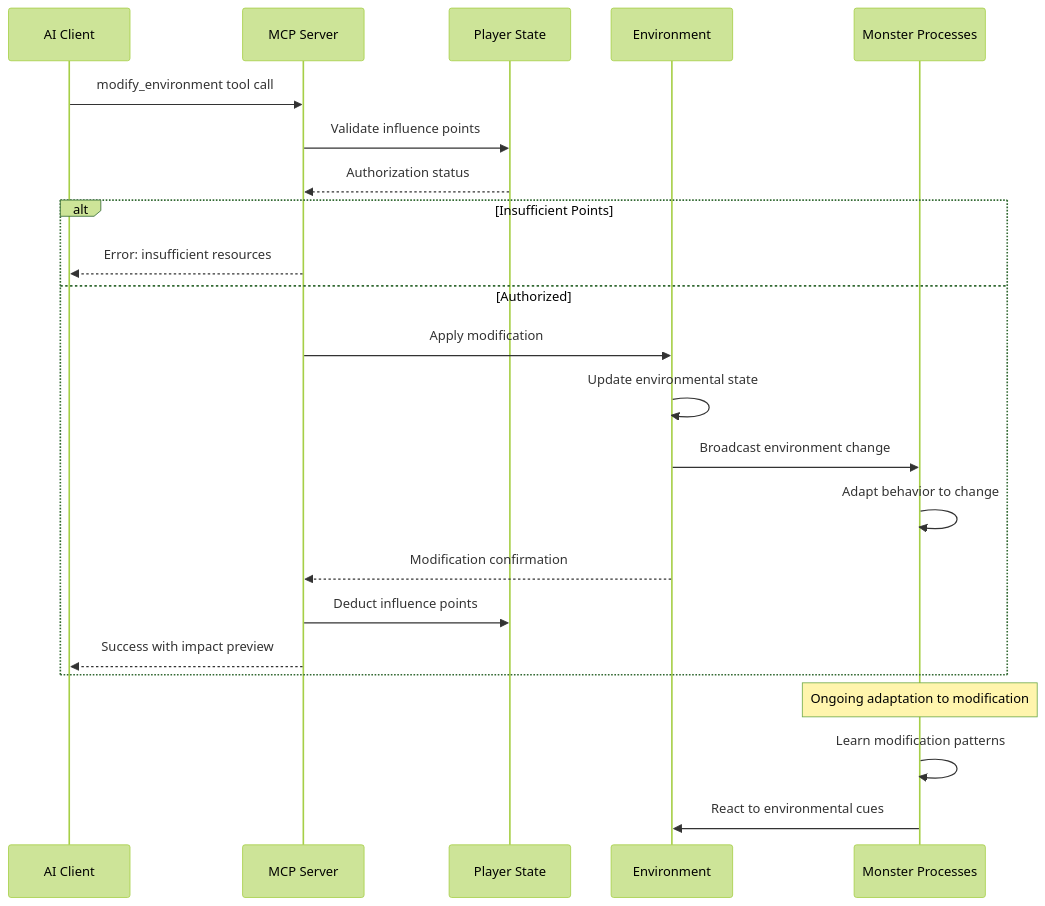
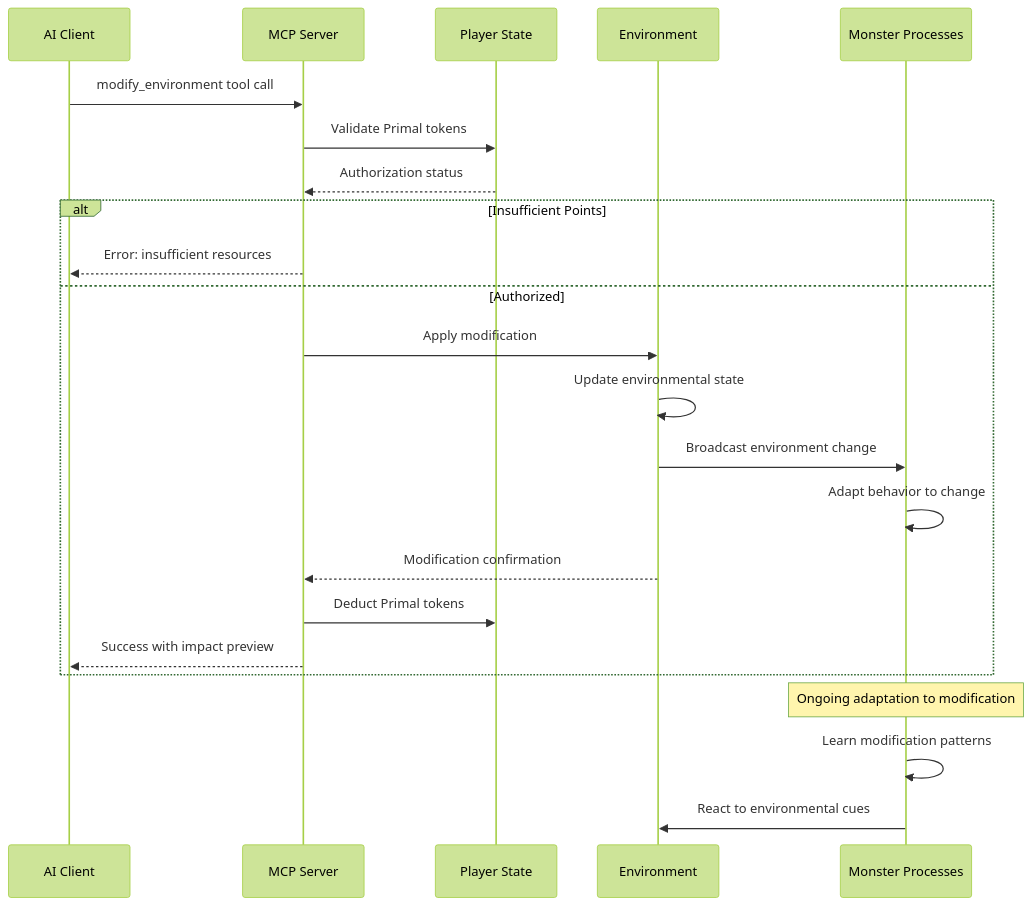
Before and after one commit to ALLiDoizCode/PrimalCode: the fourth of 7 diagrams in Docs/architecture.md, drawn with Mermaid (forest theme). The commit also changed other lines of this file and 85 other files, not shown here.

First line of the commit message:
Align documentation and implementation with marketplace architecture

````diff
--- a/Docs/architecture.md
+++ b/Docs/architecture.md
@@ -1155,27 +1155,27 @@
 ```mermaid
 sequenceDiagram
     participant CLIENT as AI Client
     participant MCP as MCP Server
     participant PLAYER as Player State
     participant ENV as Environment
     participant MONSTERS as Monster Processes
     
     CLIENT->>MCP: modify_environment tool call
-    MCP->>PLAYER: Validate influence points
+    MCP->>PLAYER: Validate Primal tokens
     PLAYER-->>MCP: Authorization status
     alt Insufficient Points
         MCP-->>CLIENT: Error: insufficient resources
     else Authorized
         MCP->>ENV: Apply modification
         ENV->>ENV: Update environmental state
         ENV->>MONSTERS: Broadcast environment change
         MONSTERS->>MONSTERS: Adapt behavior to change
         ENV-->>MCP: Modification confirmation
-        MCP->>PLAYER: Deduct influence points
+        MCP->>PLAYER: Deduct Primal tokens
         MCP-->>CLIENT: Success with impact preview
     end
     
     Note over MONSTERS: Ongoing adaptation to modification
     MONSTERS->>MONSTERS: Learn modification patterns
     MONSTERS->>ENV: React to environmental cues
 ```
````
